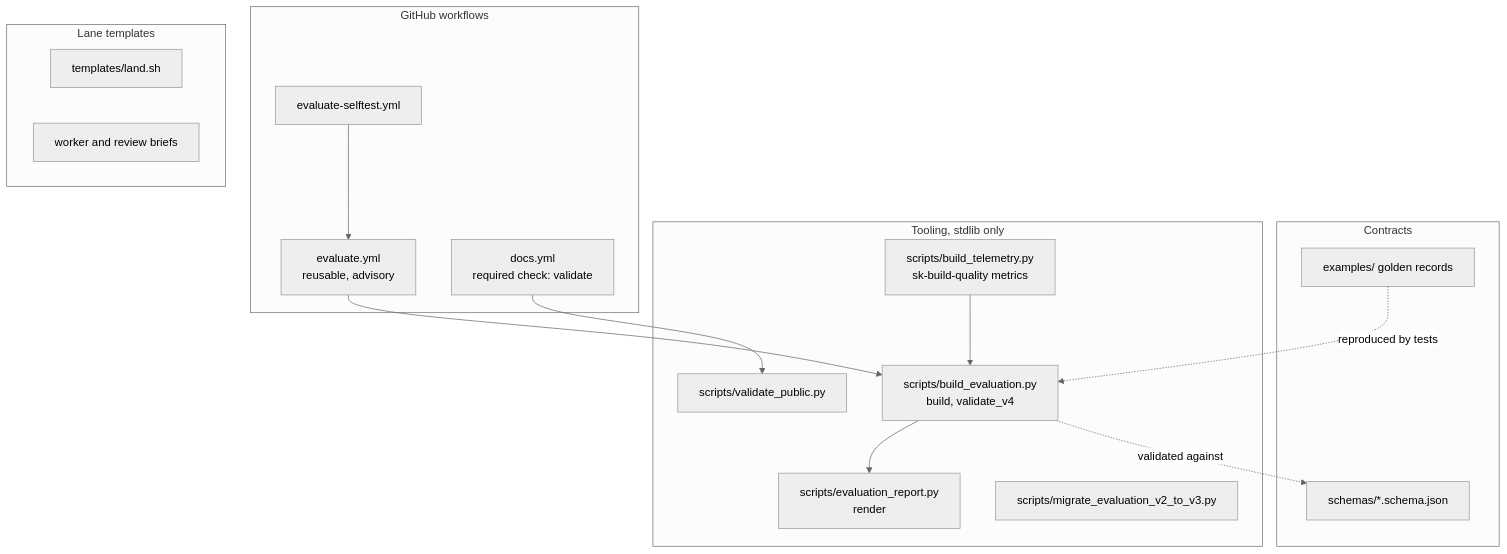
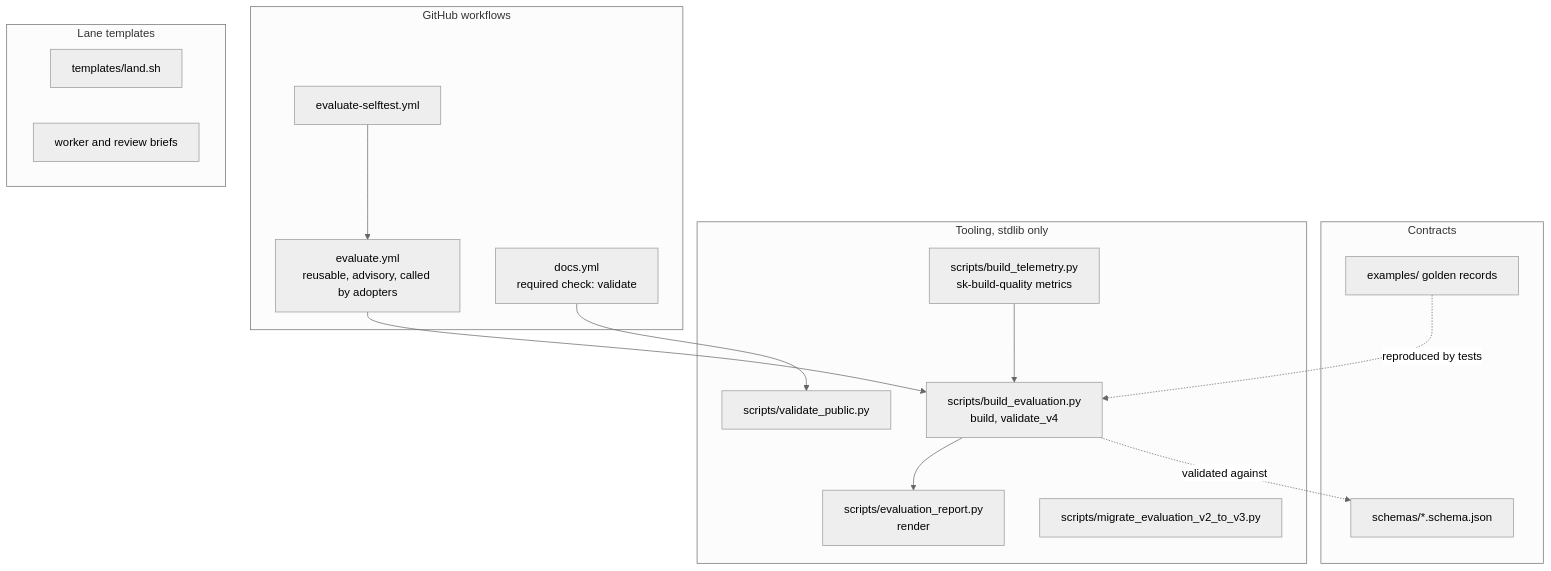
The second of 4 diagrams in docs/ARCHITECTURE.md (smilinTux/skrsi), drawn with Mermaid (neutral theme) before and after one commit. The commit also changed other lines of this file, not shown here.

First line of the commit message:
docs(skrsi): correct the runtime feed claim and complete the evaluation sequence

````diff
--- a/docs/ARCHITECTURE.md
+++ b/docs/ARCHITECTURE.md
@@ -46,30 +46,30 @@
 ```mermaid
 flowchart TD
     subgraph contracts[Contracts]
       schemas["schemas/*.schema.json"]
       examples["examples/ golden records"]
     end
     subgraph tooling[Tooling, stdlib only]
       build["scripts/build_evaluation.py<br/>build, validate_v4"]
       report["scripts/evaluation_report.py<br/>render"]
       telemetry["scripts/build_telemetry.py<br/>sk-build-quality metrics"]
       migrate["scripts/migrate_evaluation_v2_to_v3.py"]
       public["scripts/validate_public.py"]
     end
     subgraph ci[GitHub workflows]
-      evaluate["evaluate.yml<br/>reusable, advisory"]
+      evaluate["evaluate.yml<br/>reusable, advisory, called by adopters"]
       selftest["evaluate-selftest.yml"]
       docs["docs.yml<br/>required check: validate"]
     end
     subgraph lanes[Lane templates]
       land["templates/land.sh"]
       briefs["worker and review briefs"]
     end
     evaluate --> build
     build --> report
     telemetry --> build
     selftest --> evaluate
     docs --> public
     build -.->|"validated against"| schemas
     examples -.->|"reproduced by tests"| build
 ```
````
